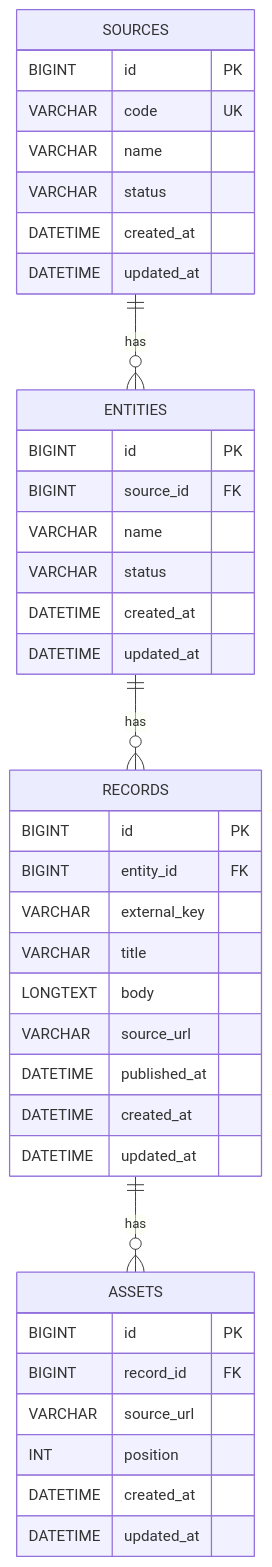
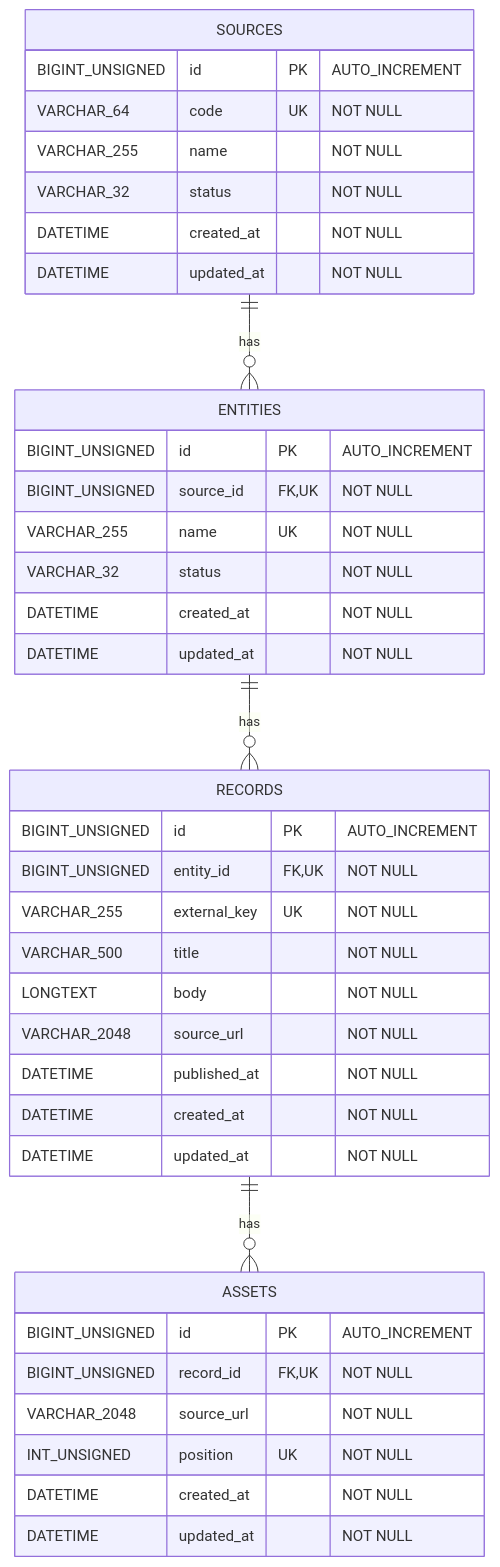
Before and after one commit to kishimin/slope-collector: the diagram in docs/db/er-diagram.md, drawn with Mermaid. The commit also changed other lines of this file, not shown here.

Commit message:
docs: clarify ER diagram types and constraints

````diff
--- a/docs/db/er-diagram.md
+++ b/docs/db/er-diagram.md
@@ -3,45 +3,45 @@
 ```mermaid
 erDiagram
     SOURCES ||--o{ ENTITIES : has
     ENTITIES ||--o{ RECORDS : has
     RECORDS ||--o{ ASSETS : has
 
     SOURCES {
-        BIGINT id PK
-        VARCHAR code UK
-        VARCHAR name
-        VARCHAR status
-        DATETIME created_at
-        DATETIME updated_at
+        BIGINT_UNSIGNED id PK "AUTO_INCREMENT"
+        VARCHAR_64 code UK "NOT NULL"
+        VARCHAR_255 name "NOT NULL"
+        VARCHAR_32 status "NOT NULL"
+        DATETIME created_at "NOT NULL"
+        DATETIME updated_at "NOT NULL"
     }
 
     ENTITIES {
-        BIGINT id PK
-        BIGINT source_id FK
-        VARCHAR name
-        VARCHAR status
-        DATETIME created_at
-        DATETIME updated_at
+        BIGINT_UNSIGNED id PK "AUTO_INCREMENT"
+        BIGINT_UNSIGNED source_id FK,UK "NOT NULL"
+        VARCHAR_255 name UK "NOT NULL"
+        VARCHAR_32 status "NOT NULL"
+        DATETIME created_at "NOT NULL"
+        DATETIME updated_at "NOT NULL"
     }
 
     RECORDS {
-        BIGINT id PK
-        BIGINT entity_id FK
-        VARCHAR external_key
-        VARCHAR title
-        LONGTEXT body
-        VARCHAR source_url
-        DATETIME published_at
-        DATETIME created_at
-        DATETIME updated_at
+        BIGINT_UNSIGNED id PK "AUTO_INCREMENT"
+        BIGINT_UNSIGNED entity_id FK,UK "NOT NULL"
+        VARCHAR_255 external_key UK "NOT NULL"
+        VARCHAR_500 title "NOT NULL"
+        LONGTEXT body "NOT NULL"
+        VARCHAR_2048 source_url "NOT NULL"
+        DATETIME published_at "NOT NULL"
+        DATETIME created_at "NOT NULL"
+        DATETIME updated_at "NOT NULL"
     }
 
     ASSETS {
-        BIGINT id PK
-        BIGINT record_id FK
-        VARCHAR source_url
-        INT position
-        DATETIME created_at
-        DATETIME updated_at
+        BIGINT_UNSIGNED id PK "AUTO_INCREMENT"
+        BIGINT_UNSIGNED record_id FK,UK "NOT NULL"
+        VARCHAR_2048 source_url "NOT NULL"
+        INT_UNSIGNED position UK "NOT NULL"
+        DATETIME created_at "NOT NULL"
+        DATETIME updated_at "NOT NULL"
     }
 ```
````
